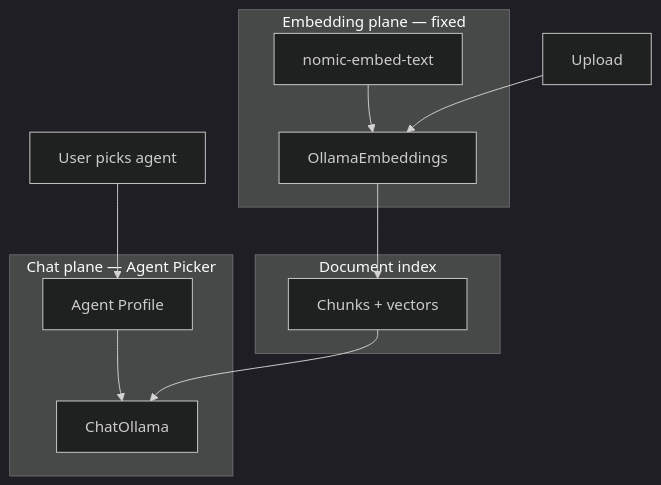
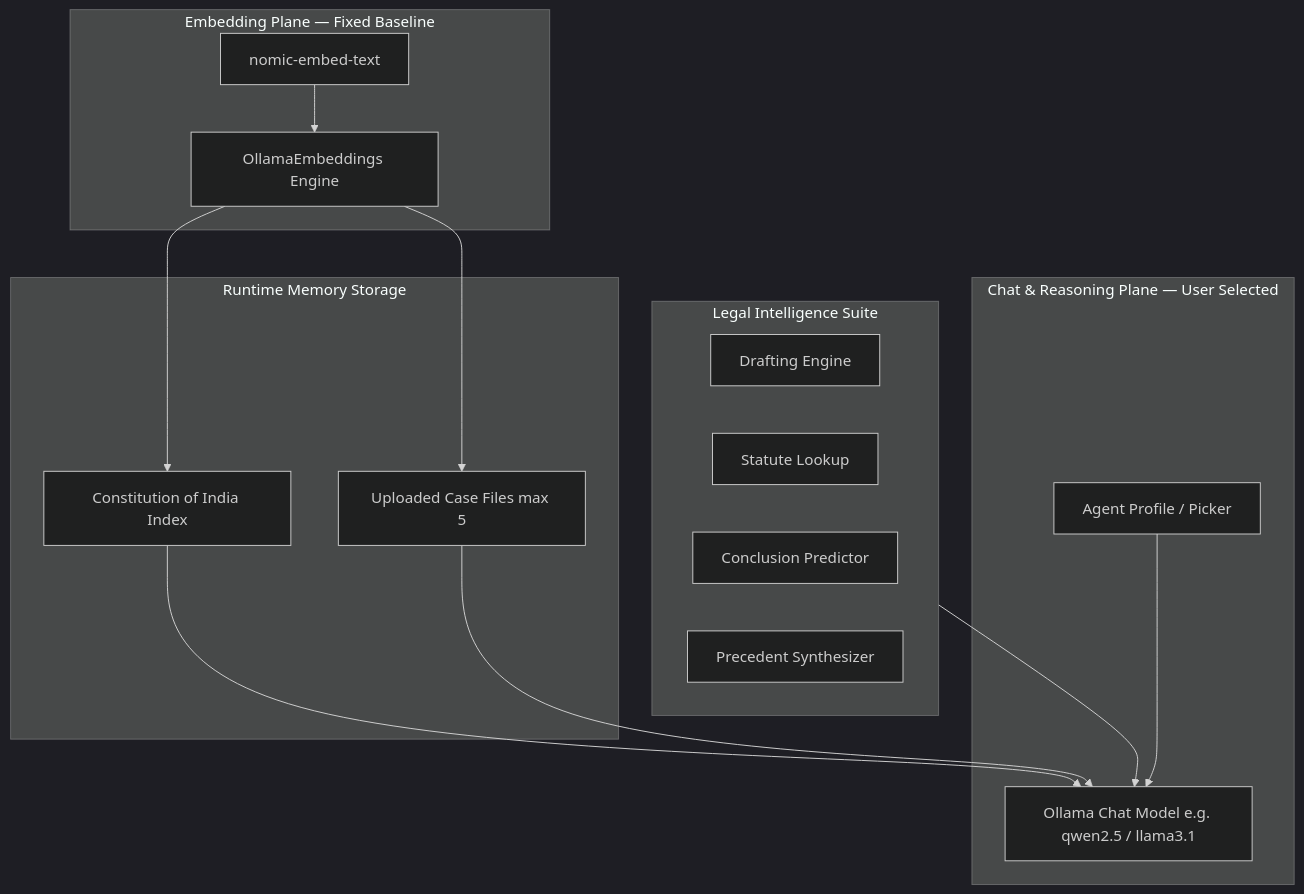
The diagram in README.md (Garvit-821/Private-Legal-Research-Agent), drawn with Mermaid (dark theme) before and after one commit. The commit also changed other lines of this file and 20 other files, not shown here.

````diff
--- a/README.md
+++ b/README.md
@@ -263,23 +119,32 @@
 ```mermaid
 flowchart TB
-    subgraph ChatPlane["Chat plane — Agent Picker"]
-        AP[Agent Profile]
-        LLM[ChatOllama]
+    subgraph ChatPlane["Chat & Reasoning Plane — User Selected"]
+        AP[Agent Profile / Picker]
+        LLM[Ollama Chat Model e.g. qwen2.5 / llama3.1]
         AP --> LLM
     end
 
-    subgraph EmbedPlane["Embedding plane — fixed"]
+    subgraph LegalSuite["Legal Intelligence Suite"]
+        DRAFT[Drafting Engine]
+        STAT[Statute Lookup]
+        PRED[Conclusion Predictor]
+        PREC[Precedent Synthesizer]
+    end
+
+    subgraph EmbedPlane["Embedding Plane — Fixed Baseline"]
         EP[nomic-embed-text]
-        EMB[OllamaEmbeddings]
+        EMB[OllamaEmbeddings Engine]
         EP --> EMB
     end
 
-    subgraph Index["Document index"]
-        CH[Chunks + vectors]
+    subgraph VectorDB["Runtime Memory Storage"]
+        CONST[Constitution of India Index]
+        DOCS[Uploaded Case Files max 5]
     end
 
-    UPLOAD[Upload] --> EMB
-    EMB --> CH
-    CH --> LLM
-    PICKER[User picks agent] --> AP
+    LegalSuite --> LLM
+    EMB --> CONST
+    EMB --> DOCS
+    CONST --> LLM
+    DOCS --> LLM
 ```
````
